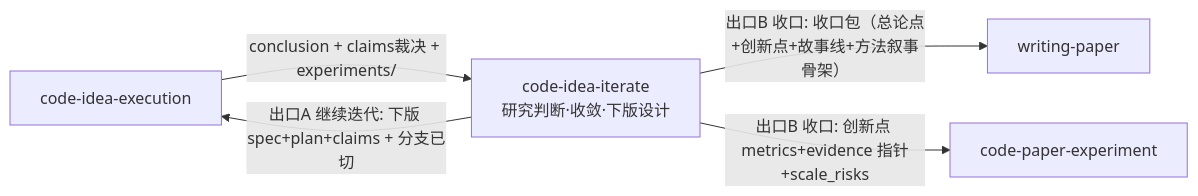
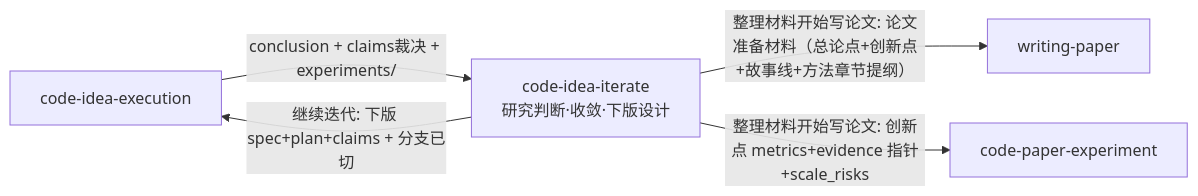
Before and after one commit to jackwang0108/dl-assistant: the first of 2 diagrams in plugins/dl-assistant/skills/code-idea-iterate/SKILL.md, drawn with Mermaid. The commit also changed other lines of this file and 143 other files, not shown here.

````diff
--- a/plugins/dl-assistant/skills/code-idea-iterate/SKILL.md
+++ b/plugins/dl-assistant/skills/code-idea-iterate/SKILL.md
@@ -48,8 +48,8 @@
 ```mermaid
 flowchart LR
     EX[code-idea-execution] -->|conclusion + claims裁决 + experiments/| IT
     IT["code-idea-iterate<br/>研究判断·收敛·下版设计"]
-    IT -->|出口A 继续迭代: 下版 spec+plan+claims + 分支已切| EX
-    IT -->|出口B 收口: 收口包（总论点+创新点+故事线+方法叙事骨架）| WP[writing-paper]
-    IT -->|出口B 收口: 创新点 metrics+evidence 指针+scale_risks| CPE[code-paper-experiment]
+    IT -->|继续迭代: 下版 spec+plan+claims + 分支已切| EX
+    IT -->|整理材料开始写论文: 论文准备材料（总论点+创新点+故事线+方法章节提纲）| WP[writing-paper]
+    IT -->|整理材料开始写论文: 创新点 metrics+evidence 指针+scale_risks| CPE[code-paper-experiment]
 ```
````
